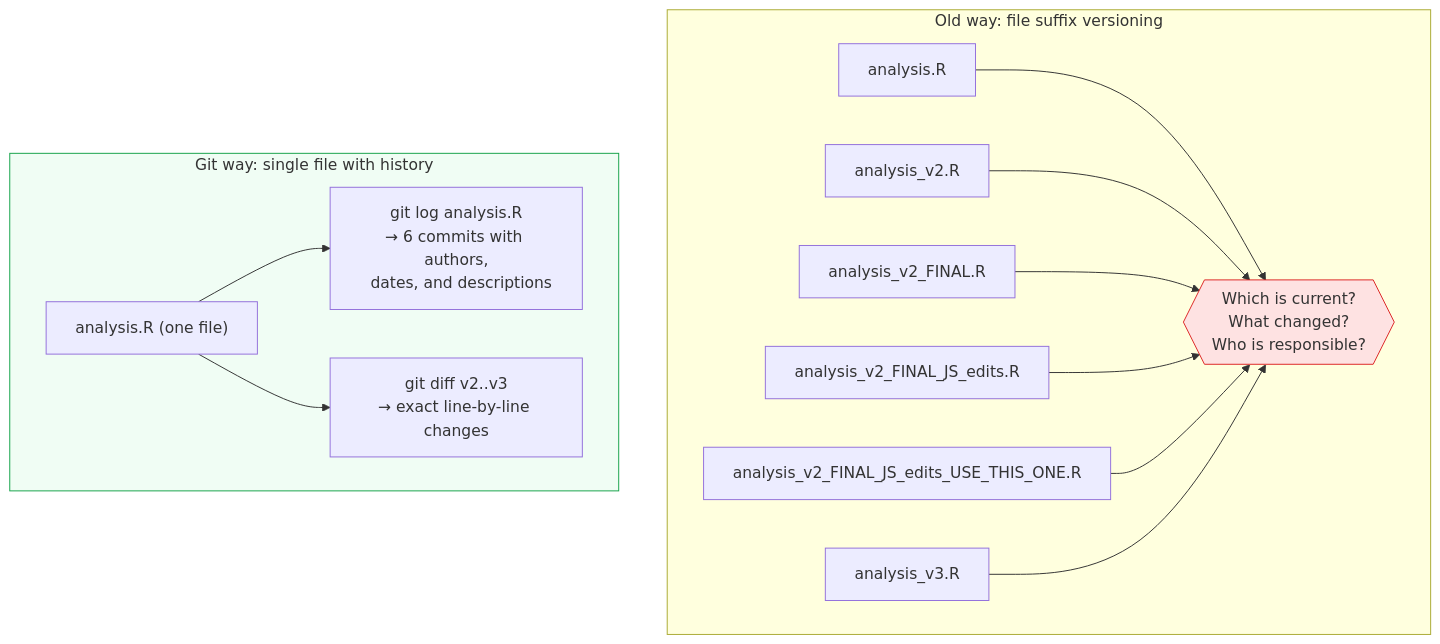
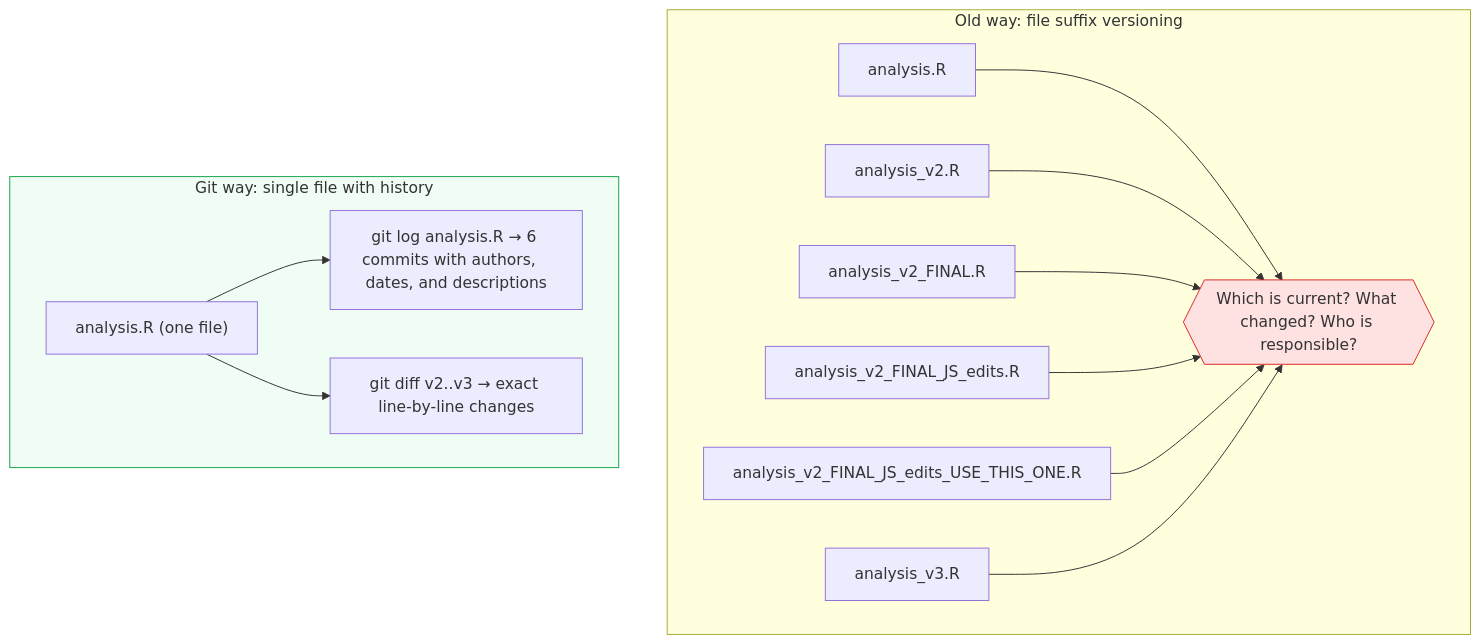
One commit to Ch3w3y/docker_gcp changed the second of 4 diagrams in docs/from-shares-to-git.md. Above: the diagram before and after it, drawn with Mermaid. The commit also changed other lines of this file and 10 other files, not shown here.

First line of the commit message:
Fix mermaid diagram rendering: replace literal \n with spaces

````diff
--- a/docs/from-shares-to-git.md
+++ b/docs/from-shares-to-git.md
@@ -86,24 +86,24 @@
 ```mermaid
 flowchart TD
     subgraph Old["Old way: file suffix versioning"]
         F1["analysis.R"]
         F2["analysis_v2.R"]
         F3["analysis_v2_FINAL.R"]
         F4["analysis_v2_FINAL_JS_edits.R"]
         F5["analysis_v2_FINAL_JS_edits_USE_THIS_ONE.R"]
         F6["analysis_v3.R"]
-        Q1{{"Which is current?\nWhat changed?\nWho is responsible?"}}
+        Q1{{"Which is current? What changed? Who is responsible?"}}
         F1 & F2 & F3 & F4 & F5 & F6 --> Q1
     end
 
     subgraph New["Git way: single file with history"]
         G1["analysis.R (one file)"]
-        G2["git log analysis.R\n→ 6 commits with authors,\n  dates, and descriptions"]
-        G3["git diff v2..v3\n→ exact line-by-line changes"]
+        G2["git log analysis.R → 6 commits with authors,   dates, and descriptions"]
+        G3["git diff v2..v3 → exact line-by-line changes"]
         G1 --> G2
         G1 --> G3
     end
 
     style Q1 fill:#fee2e2,stroke:#dc2626
     style New fill:#f0fdf4,stroke:#16a34a
 ```
````
